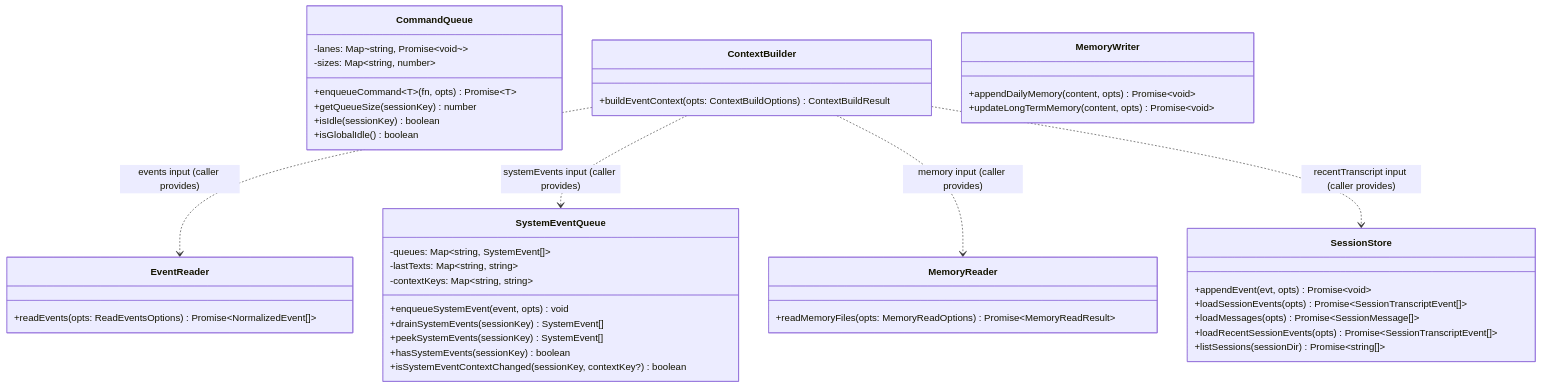
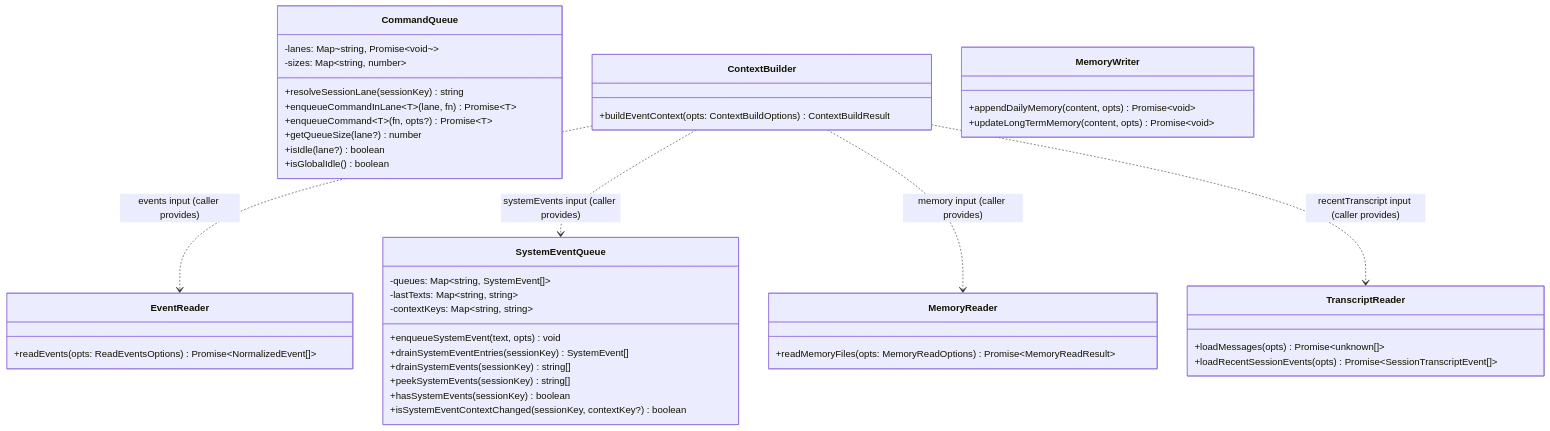
Before and after one commit to masahide/adjutant: the first of 2 diagrams in doc/plan/260215-s01-data-queue-infra.md, drawn with Mermaid. The commit also changed other lines of this file and 3 other files, not shown here.

````diff
--- a/doc/plan/260215-s01-data-queue-infra.md
+++ b/doc/plan/260215-s01-data-queue-infra.md
@@ -470,52 +471,52 @@
 ```mermaid
 classDiagram
     class EventReader {
         +readEvents(opts: ReadEventsOptions) Promise~NormalizedEvent[]~
     }
 
     class SystemEventQueue {
         -queues: Map~string, SystemEvent[]~
         -lastTexts: Map~string, string~
         -contextKeys: Map~string, string~
-        +enqueueSystemEvent(event, opts) void
-        +drainSystemEvents(sessionKey) SystemEvent[]
-        +peekSystemEvents(sessionKey) SystemEvent[]
+        +enqueueSystemEvent(text, opts) void
+        +drainSystemEventEntries(sessionKey) SystemEvent[]
+        +drainSystemEvents(sessionKey) string[]
+        +peekSystemEvents(sessionKey) string[]
         +hasSystemEvents(sessionKey) boolean
         +isSystemEventContextChanged(sessionKey, contextKey?) boolean
     }
 
     class CommandQueue {
         -lanes: Map~string, Promise~void~~
         -sizes: Map~string, number~
-        +enqueueCommand~T~(fn, opts) Promise~T~
-        +getQueueSize(sessionKey) number
-        +isIdle(sessionKey) boolean
+        +resolveSessionLane(sessionKey) string
+        +enqueueCommandInLane~T~(lane, fn) Promise~T~
+        +enqueueCommand~T~(fn, opts?) Promise~T~
+        +getQueueSize(lane?) number
+        +isIdle(lane?) boolean
         +isGlobalIdle() boolean
     }
 
     class ContextBuilder {
         +buildEventContext(opts: ContextBuildOptions) ContextBuildResult
     }
 
     class MemoryReader {
         +readMemoryFiles(opts: MemoryReadOptions) Promise~MemoryReadResult~
     }
 
     class MemoryWriter {
         +appendDailyMemory(content, opts) Promise~void~
         +updateLongTermMemory(content, opts) Promise~void~
     }
 
-    class SessionStore {
-        +appendEvent(evt, opts) Promise~void~
-        +loadSessionEvents(opts) Promise~SessionTranscriptEvent[]~
-        +loadMessages(opts) Promise~SessionMessage[]~
+    class TranscriptReader {
+        +loadMessages(opts) Promise~unknown[]~
         +loadRecentSessionEvents(opts) Promise~SessionTranscriptEvent[]~
-        +listSessions(sessionDir) Promise~string[]~
     }
 
     ContextBuilder ..> EventReader : events input (caller provides)
     ContextBuilder ..> SystemEventQueue : systemEvents input (caller provides)
     ContextBuilder ..> MemoryReader : memory input (caller provides)
-    ContextBuilder ..> SessionStore : recentTranscript input (caller provides)
+    ContextBuilder ..> TranscriptReader : recentTranscript input (caller provides)
 ```
````
